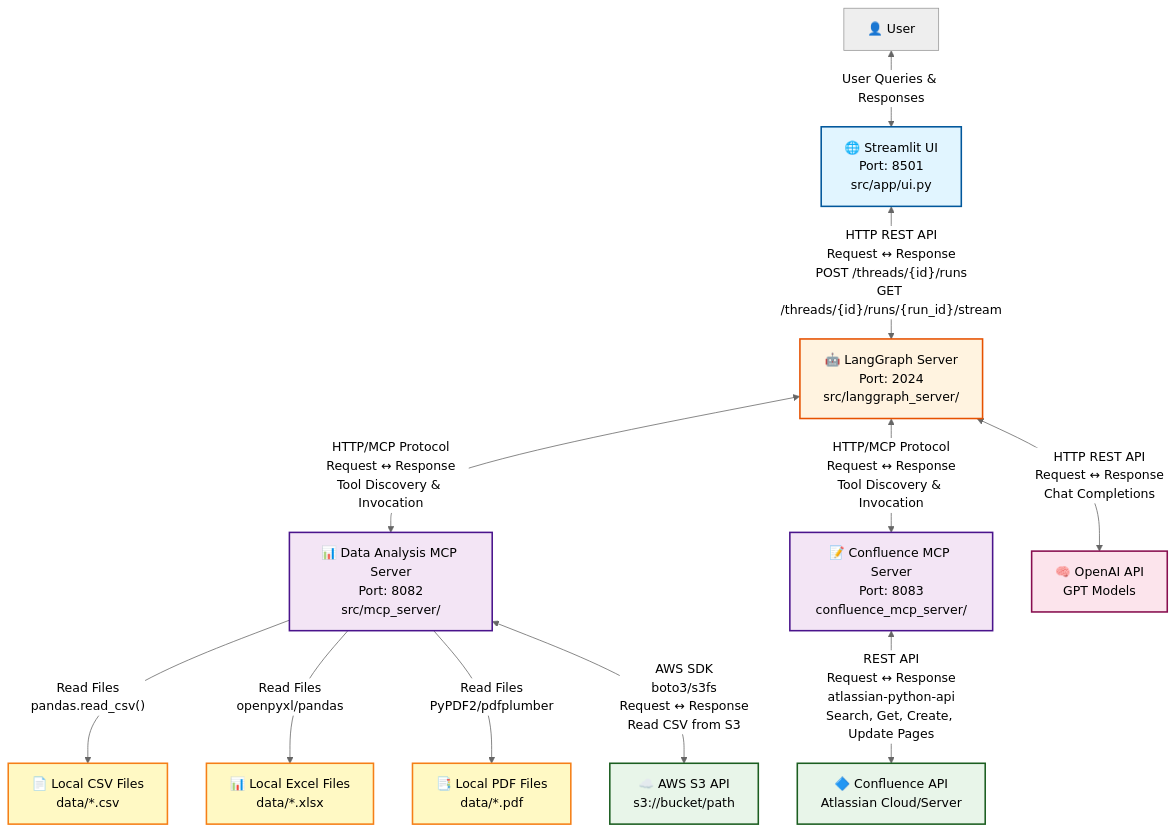
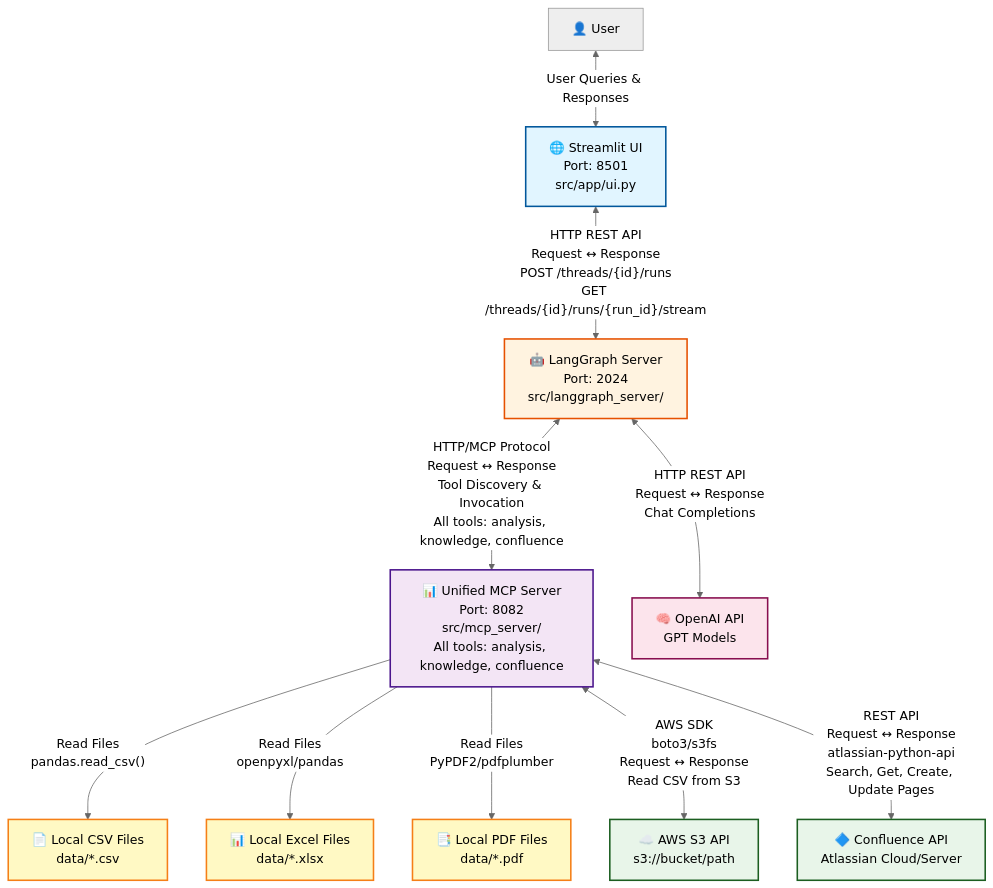
One commit to tatsu432/data-analysis-agent changed the diagram in architecture_diagram.md. Above: the diagram before and after it, drawn with Mermaid (neutral theme). The commit also changed other lines of this file and 17 other files, not shown here.

Commit message:
Refactored the MCP server so that we can host the single server rather than two separate servers

````diff
--- a/architecture_diagram.md
+++ b/architecture_diagram.md
@@ -5,60 +5,56 @@
 ```mermaid
 graph TB
     %% User Interface Layer
     User[👤 User]
     Streamlit[🌐 Streamlit UI<br/>Port: 8501<br/>src/app/ui.py]
     
     %% Core Agent Layer
     LangGraph[🤖 LangGraph Server<br/>Port: 2024<br/>src/langgraph_server/]
     
-    %% MCP Server Layer
-    MCPDataAnalysis[📊 Data Analysis MCP Server<br/>Port: 8082<br/>src/mcp_server/]
-    MCPConfluence[📝 Confluence MCP Server<br/>Port: 8083<br/>confluence_mcp_server/]
+    %% Unified MCP Server Layer
+    UnifiedMCP[📊 Unified MCP Server<br/>Port: 8082<br/>src/mcp_server/<br/>All tools: analysis, knowledge, confluence]
     
     %% External APIs
     ConfluenceAPI[🔷 Confluence API<br/>Atlassian Cloud/Server]
     AWSS3[☁️ AWS S3 API<br/>s3://bucket/path]
     
     %% Data Sources
     LocalCSV[📄 Local CSV Files<br/>data/*.csv]
     LocalExcel[📊 Local Excel Files<br/>data/*.xlsx]
     LocalPDF[📑 Local PDF Files<br/>data/*.pdf]
     
     %% LLM Services
     OpenAI[🧠 OpenAI API<br/>GPT Models]
     
     %% User interactions
     User <-->|"User Queries & Responses"| Streamlit
     
     %% Streamlit to LangGraph (bidirectional HTTP REST API)
     Streamlit <-->|"HTTP REST API<br/>Request ↔ Response<br/>POST /threads/{id}/runs<br/>GET /threads/{id}/runs/{run_id}/stream"| LangGraph
     
     %% LangGraph connections (bidirectional MCP protocol)
-    LangGraph <-->|"HTTP/MCP Protocol<br/>Request ↔ Response<br/>Tool Discovery & Invocation"| MCPDataAnalysis
-    LangGraph <-->|"HTTP/MCP Protocol<br/>Request ↔ Response<br/>Tool Discovery & Invocation"| MCPConfluence
+    LangGraph <-->|"HTTP/MCP Protocol<br/>Request ↔ Response<br/>Tool Discovery & Invocation<br/>All tools: analysis, knowledge, confluence"| UnifiedMCP
     LangGraph <-->|"HTTP REST API<br/>Request ↔ Response<br/>Chat Completions"| OpenAI
     
-    %% Data Analysis MCP Server connections
-    MCPDataAnalysis -->|"Read Files<br/>pandas.read_csv()"| LocalCSV
-    MCPDataAnalysis -->|"Read Files<br/>openpyxl/pandas"| LocalExcel
-    MCPDataAnalysis -->|"Read Files<br/>PyPDF2/pdfplumber"| LocalPDF
-    MCPDataAnalysis <-->|"AWS SDK<br/>boto3/s3fs<br/>Request ↔ Response<br/>Read CSV from S3"| AWSS3
-    
-    %% Confluence MCP Server connections (bidirectional REST API)
-    MCPConfluence <-->|"REST API<br/>Request ↔ Response<br/>atlassian-python-api<br/>Search, Get, Create, Update Pages"| ConfluenceAPI
+    %% Unified MCP Server connections
+    UnifiedMCP -->|"Read Files<br/>pandas.read_csv()"| LocalCSV
+    UnifiedMCP -->|"Read Files<br/>openpyxl/pandas"| LocalExcel
+    UnifiedMCP -->|"Read Files<br/>PyPDF2/pdfplumber"| LocalPDF
+    UnifiedMCP <-->|"AWS SDK<br/>boto3/s3fs<br/>Request ↔ Response<br/>Read CSV from S3"| AWSS3
+    UnifiedMCP <-->|"REST API<br/>Request ↔ Response<br/>atlassian-python-api<br/>Search, Get, Create, Update Pages"| ConfluenceAPI
     
     %% Styling
     classDef ui fill:#e1f5ff,stroke:#01579b,stroke-width:2px
     classDef agent fill:#fff3e0,stroke:#e65100,stroke-width:2px
     classDef mcp fill:#f3e5f5,stroke:#4a148c,stroke-width:2px
     classDef api fill:#e8f5e9,stroke:#1b5e20,stroke-width:2px
     classDef data fill:#fff9c4,stroke:#f57f17,stroke-width:2px
     classDef llm fill:#fce4ec,stroke:#880e4f,stroke-width:2px
     
     class Streamlit ui
     class LangGraph agent
-    class MCPDataAnalysis,MCPConfluence mcp
+    class UnifiedMCP mcp
     class ConfluenceAPI,AWSS3 api
     class LocalCSV,LocalExcel,LocalPDF data
     class OpenAI llm
 ```
````
